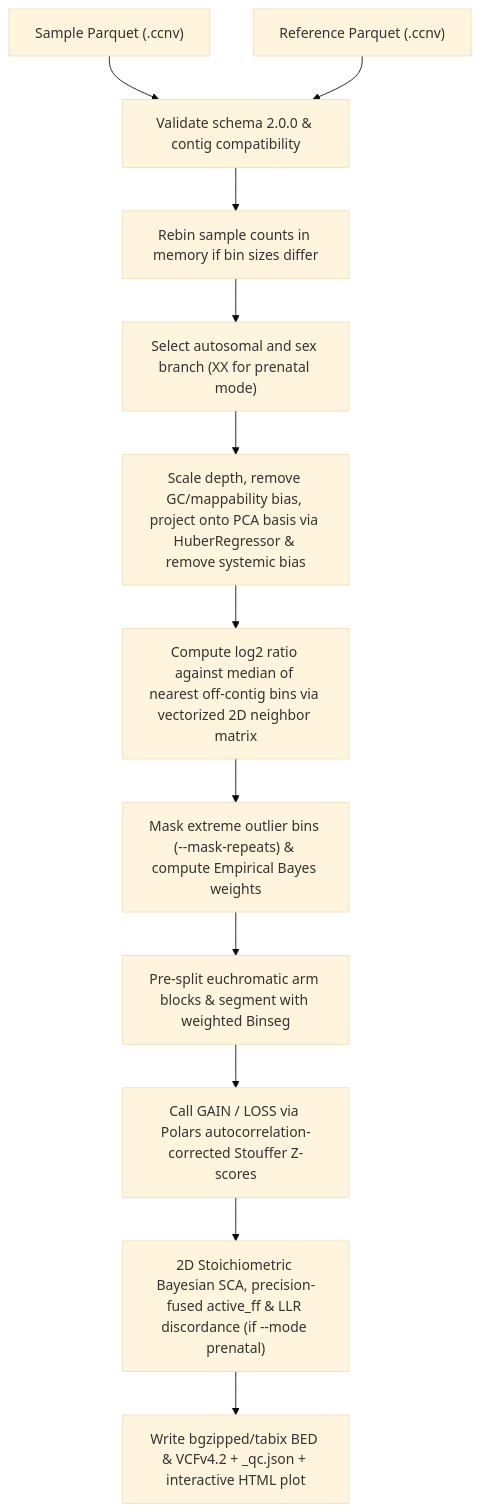
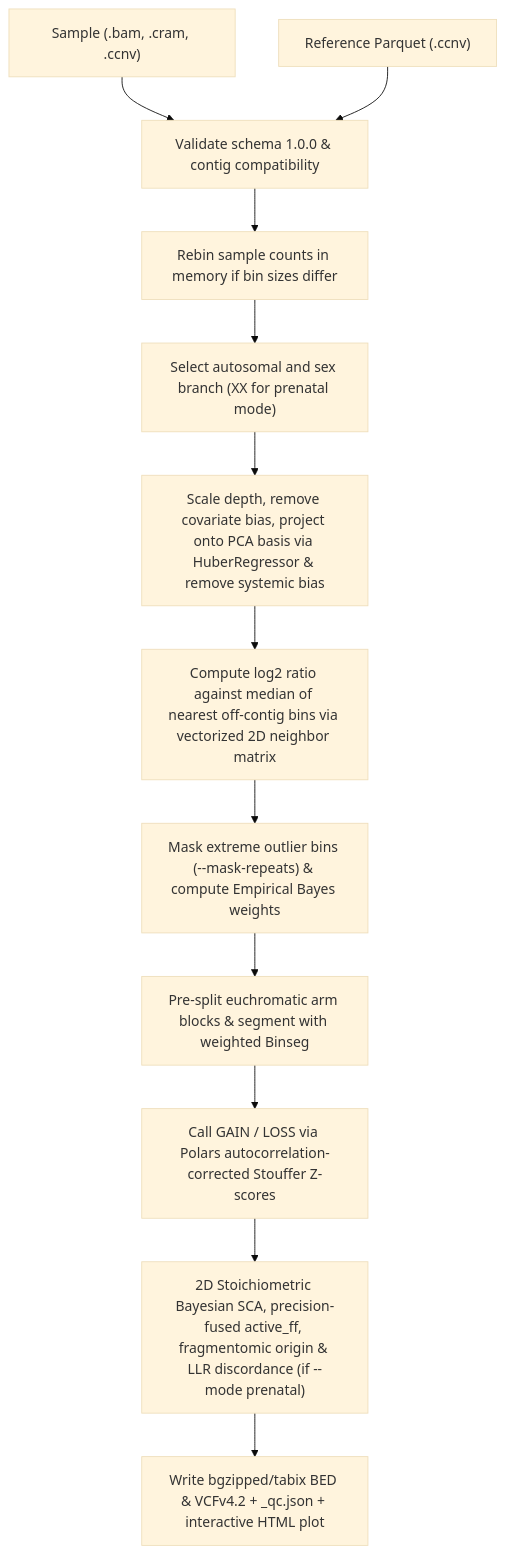
One commit to matthdsm/ccnv changed the fourth of 4 diagrams in docs/pipeline.md. Above: the diagram before and after it, drawn with Mermaid (base theme). The commit also changed other lines of this file and 12 other files, not shown here.

````diff
--- a/docs/pipeline.md
+++ b/docs/pipeline.md
@@ -94,14 +93,14 @@
 ```mermaid
 flowchart TD
-    InSample["Sample Parquet (<sample>.ccnv)"] --> LoadCompat["Validate schema 2.0.0 & contig compatibility"]
+    InSample["Sample (.bam, .cram, .ccnv)"] --> LoadCompat["Validate schema 1.0.0 & contig compatibility"]
     InRef["Reference Parquet (<reference>.ccnv)"] --> LoadCompat
     LoadCompat --> RebinCheck["Rebin sample counts in memory if bin sizes differ"]
     RebinCheck --> BranchSelect["Select autosomal and sex branch (XX for prenatal mode)"]
-    BranchSelect --> ProjectPCA["Scale depth, remove GC/mappability bias, project onto PCA basis via HuberRegressor & remove systemic bias"]
+    BranchSelect --> ProjectPCA["Scale depth, remove covariate bias, project onto PCA basis via HuberRegressor & remove systemic bias"]
     ProjectPCA --> MatchNearest["Compute log2 ratio against median of nearest off-contig bins via vectorized 2D neighbor matrix"]
     MatchNearest --> IterativeMask["Mask extreme outlier bins (--mask-repeats) & compute Empirical Bayes weights"]
     IterativeMask --> SegEngine["Pre-split euchromatic arm blocks & segment with weighted Binseg"]
     SegEngine --> CallEvents["Call GAIN / LOSS via Polars autocorrelation-corrected Stouffer Z-scores"]
-    CallEvents --> PrenatalAnnot["2D Stoichiometric Bayesian SCA, precision-fused active_ff & LLR discordance (if --mode prenatal)"]
+    CallEvents --> PrenatalAnnot["2D Stoichiometric Bayesian SCA, precision-fused active_ff, fragmentomic origin & LLR discordance (if --mode prenatal)"]
     PrenatalAnnot --> Outputs["Write bgzipped/tabix BED & VCFv4.2 + _qc.json + interactive HTML plot"]
 ```
````
